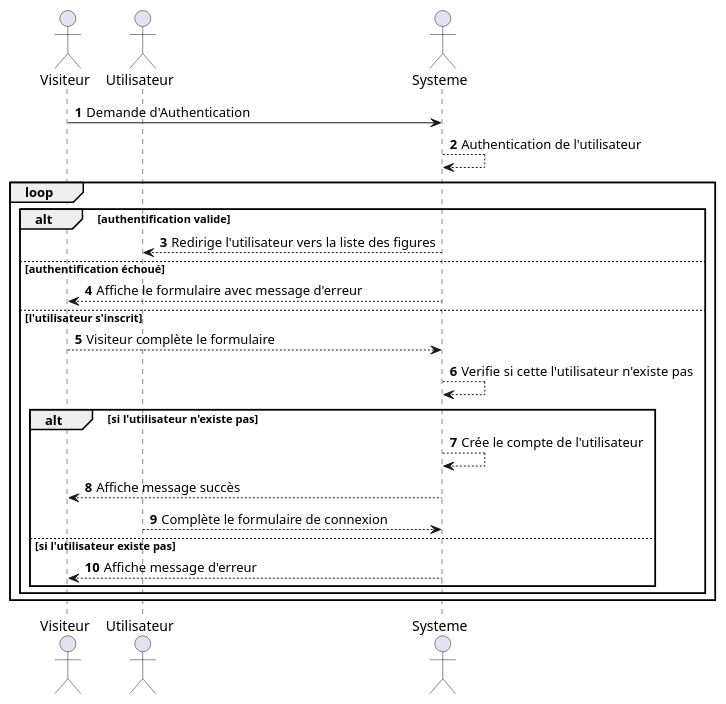
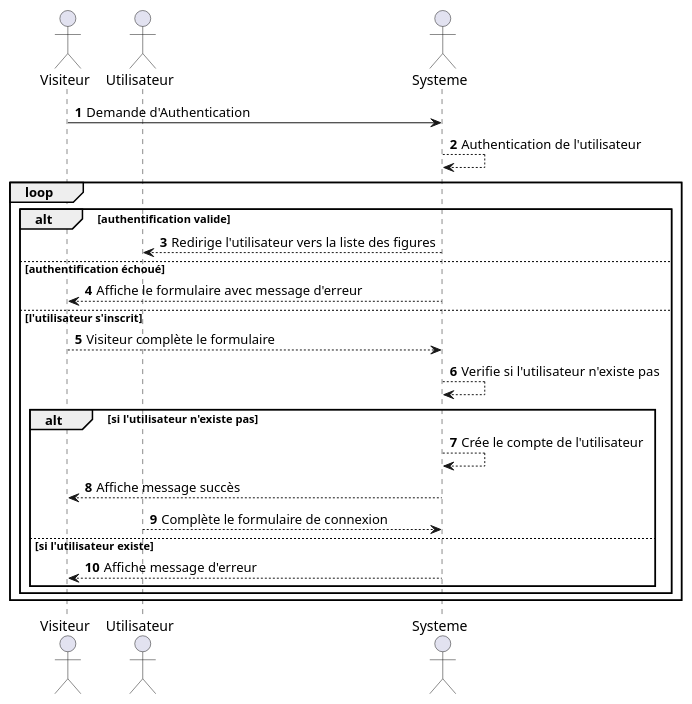
Before and after one commit to MickaelMoley/ocr-p6-snowboard: the diagram in domains/Sequence/Authentification.puml, drawn with PlantUML. The commit also changed 4 other files, not shown here.

Commit message:
Update domains UML

```diff
--- a/domains/Sequence/Authentification.puml
+++ b/domains/Sequence/Authentification.puml
@@ -1,34 +1,34 @@
-@startuml
+@startuml Authentication
 'https://plantuml.com/sequence-diagram
 
 autonumber
 actor Visiteur
 actor Utilisateur
 actor Systeme
 
 Visiteur -> Systeme: Demande d'Authentication
 Systeme --> Systeme: Authentication de l'utilisateur
 
 loop
 alt authentification valide
     Systeme --> Utilisateur: Redirige l'utilisateur vers la liste des figures
 else authentification échoué
     Systeme --> Visiteur: Affiche le formulaire avec message d'erreur
 
 else l'utilisateur s'inscrit
     Visiteur --> Systeme: Visiteur complète le formulaire
-    Systeme --> Systeme: Verifie si cette l'utilisateur n'existe pas
+    Systeme --> Systeme: Verifie si l'utilisateur n'existe pas
 
     alt si l'utilisateur n'existe pas
         Systeme --> Systeme: Crée le compte de l'utilisateur
         Systeme --> Visiteur: Affiche message succès
        Utilisateur --> Systeme: Complète le formulaire de connexion
-    else si l'utilisateur existe pas
+    else si l'utilisateur existe
         Systeme --> Visiteur: Affiche message d'erreur
     end
 end
 
 end
 
 
 @enduml
```
